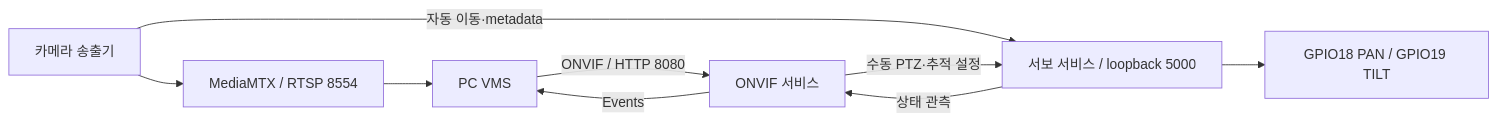
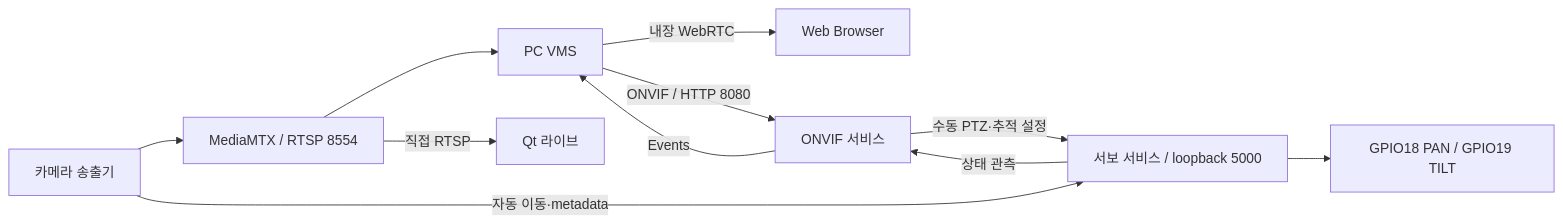
The diagram in pi/README.md (PTZ-CAMERA/PTZ_CAMERA), drawn with Mermaid before and after one commit. The commit also changed other lines of this file and 12 other files, not shown here.

Commit message:
Refresh Pi and VMS client architecture READMEs and deployment compatibility

````diff
--- a/pi/README.md
+++ b/pi/README.md
@@ -17,11 +17,13 @@
 ```mermaid
 flowchart LR
     CAMERA[카메라 송출기] --> MTX[MediaMTX / RTSP 8554]
     MTX --> VMS[PC VMS]
+    MTX -->|직접 RTSP| QT[Qt 라이브]
+    VMS -->|내장 WebRTC| WEB[Web Browser]
     CAMERA -->|자동 이동·metadata| SERVO[서보 서비스 / loopback 5000]
     VMS -->|ONVIF / HTTP 8080| ONVIF[ONVIF 서비스]
     ONVIF -->|수동 PTZ·추적 설정| SERVO
     SERVO -->|상태 관측| ONVIF
     ONVIF -->|Events| VMS
     SERVO --> GPIO[GPIO18 PAN / GPIO19 TILT]
 ```
````
